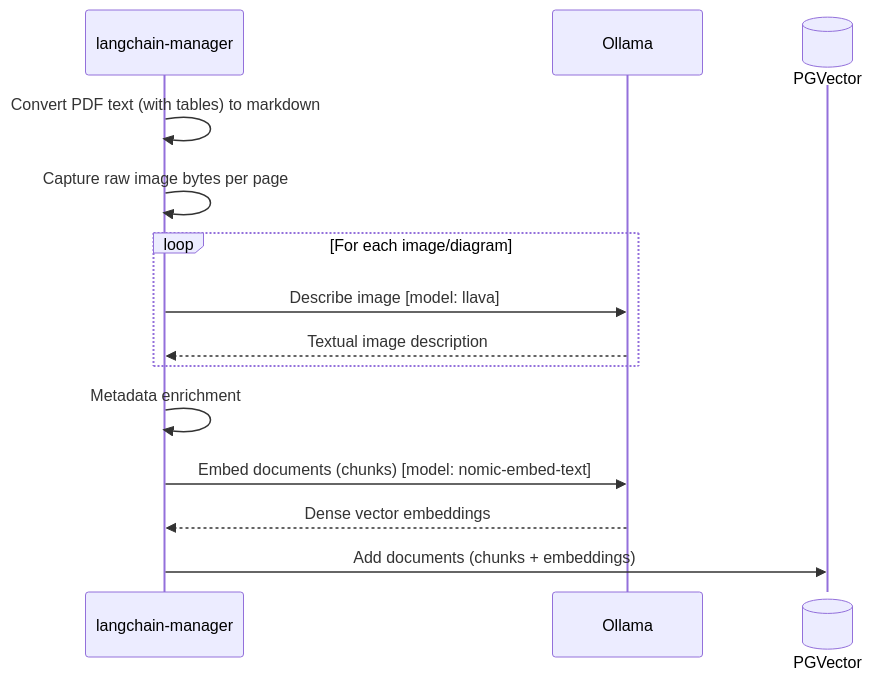
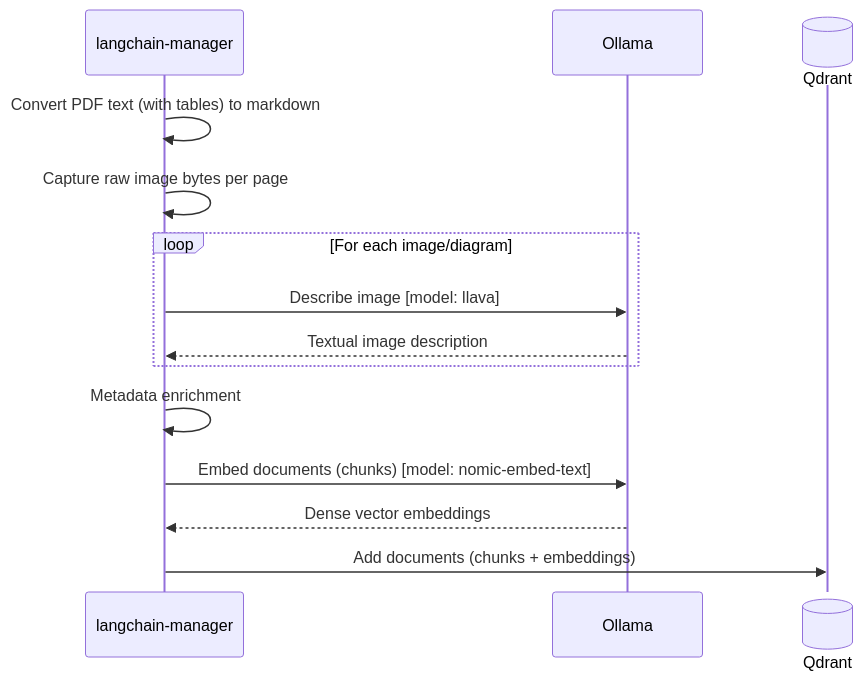
One commit to VCityTeam/PEPR-VDBI changed the first of 2 diagrams in data-integration/langchain-tests.md. Above: the diagram before and after it, drawn with Mermaid. The commit also changed other lines of this file and 5 other files, not shown here.

Commit message:
replace pgvector with qdrant

````diff
--- a/data-integration/langchain-tests.md
+++ b/data-integration/langchain-tests.md
@@ -36,21 +105,21 @@
 ```mermaid
 sequenceDiagram
   participant Manager as langchain-manager
   participant Ollama
-  participant PG@{ "type": "database" } as PGVector
+  participant QD@{ "type": "database" } as Qdrant
 
   Manager->>Manager: Convert PDF text (with tables) to markdown
   Manager->>Manager: Capture raw image bytes per page
 
   loop For each image/diagram
       Manager->>Ollama: Describe image [model: llava]
       Ollama-->>Manager: Textual image description
   end
 
   Manager->>Manager: Metadata enrichment
 
   Manager->>Ollama: Embed documents (chunks) [model: nomic-embed-text]
   Ollama-->>Manager: Dense vector embeddings
 
-  Manager->>PG: Add documents (chunks + embeddings)
+  Manager->>QD: Add documents (chunks + embeddings)
 ```
````
